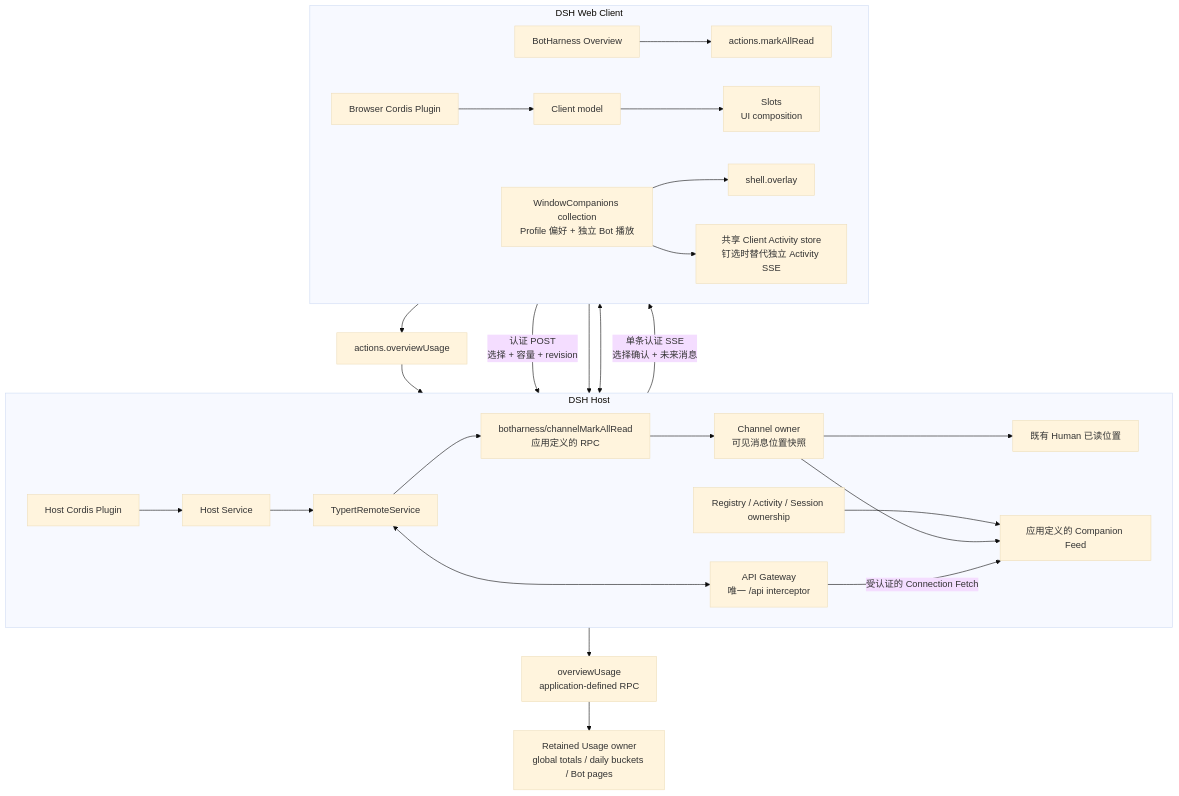
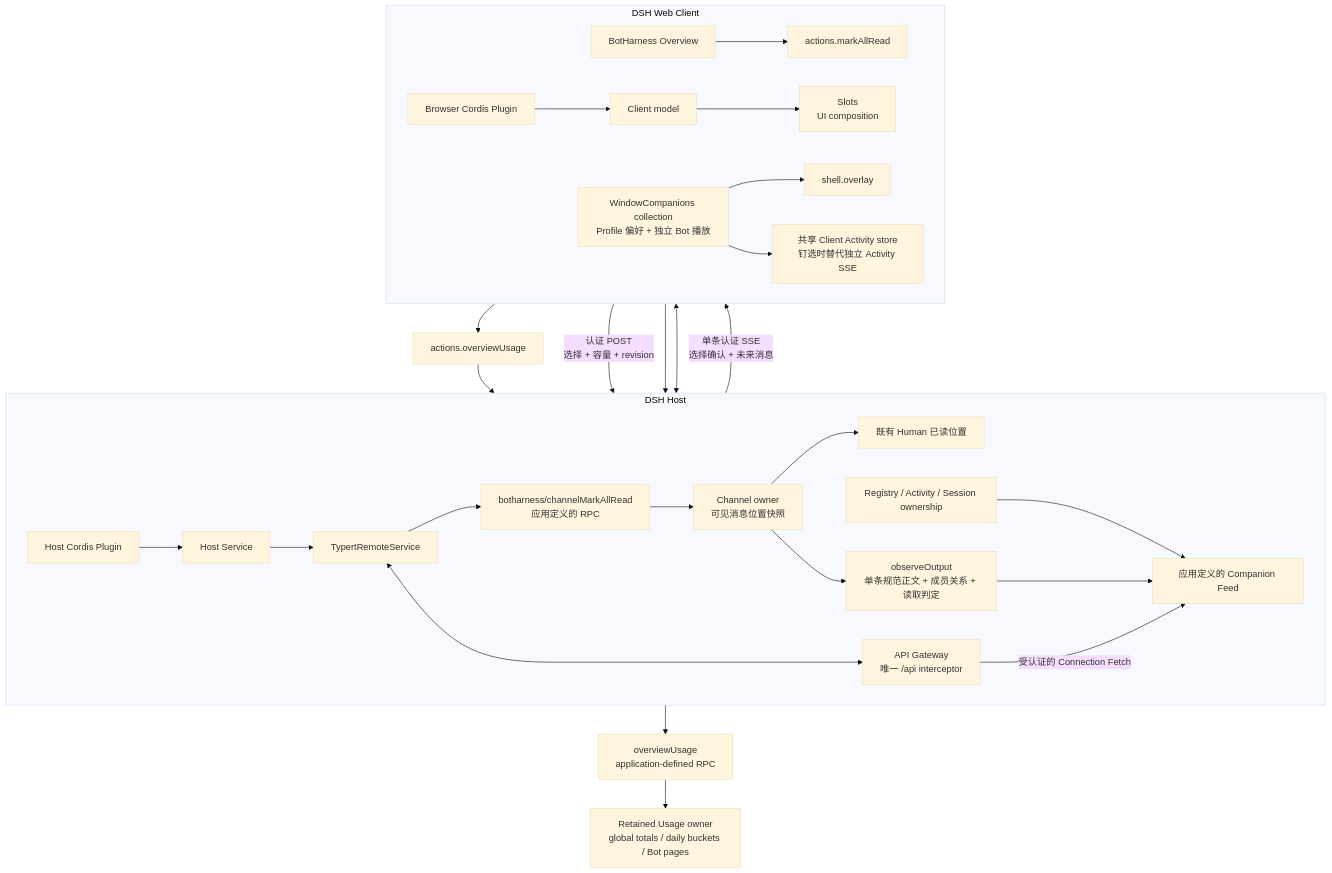
Before and after one commit to BotHarness/BotHarness: the diagram in docs/architecture/diagrams/09-dsh-host-client.mmd, drawn with Mermaid (base theme). The commit also changed 23 other files, not shown here.

```diff
--- a/docs/architecture/diagrams/09-dsh-host-client.mmd
+++ b/docs/architecture/diagrams/09-dsh-host-client.mmd
@@ -1,29 +1,30 @@
 flowchart TB
   subgraph Host["DSH Host"]
     direction LR
     HostPlugin["Host Cordis Plugin"] --> Service["Host Service"]
     Service --> Remote["TypertRemoteService"]
     ReadRPC["botharness/channelMarkAllRead<br/>应用定义的 RPC"] --> Channels["Channel owner<br/>可见消息位置快照"]
     Channels --> ReadPositions["既有 Human 已读位置"]
     Remote <--> Gateway["API Gateway<br/>唯一 /api interceptor"]
     Registry["Registry / Activity / Session ownership"] --> Feed["应用定义的 Companion Feed"]
-    Channels --> Feed
+    Channels --> Observation["observeOutput<br/>单条规范正文 + 成员关系 + 读取判定"]
+    Observation --> Feed
   end
   subgraph Browser["DSH Web Client"]
     direction LR
     ClientPlugin["Browser Cordis Plugin"] --> Model["Client model"]
     Overview["BotHarness Overview"] --> ReadAction["actions.markAllRead"]
     Model --> Slots["Slots<br/>UI composition"]
     Companion["WindowCompanions collection<br/>Profile 偏好 + 独立 Bot 播放"] --> Overlay["shell.overlay"]
     Companion --> Activity["共享 Client Activity store<br/>钉选时替代独立 Activity SSE"]
   end
   Gateway <--> Model
   Gateway -->|"受认证的 Connection Fetch"| Feed
   Feed -->|"单条认证 SSE<br/>选择确认 + 未来消息"| Companion
   Companion -->|"认证 POST<br/>选择 + 容量 + revision"| Feed
   ReadAction --> Gateway
   Remote --> ReadRPC
   Overview --> UsageAction["actions.overviewUsage"]
   UsageAction --> Gateway
   Remote --> UsageRPC["overviewUsage<br/>application-defined RPC"]
   UsageRPC --> UsageOwner["Retained Usage owner<br/>global totals / daily buckets / Bot pages"]
```
